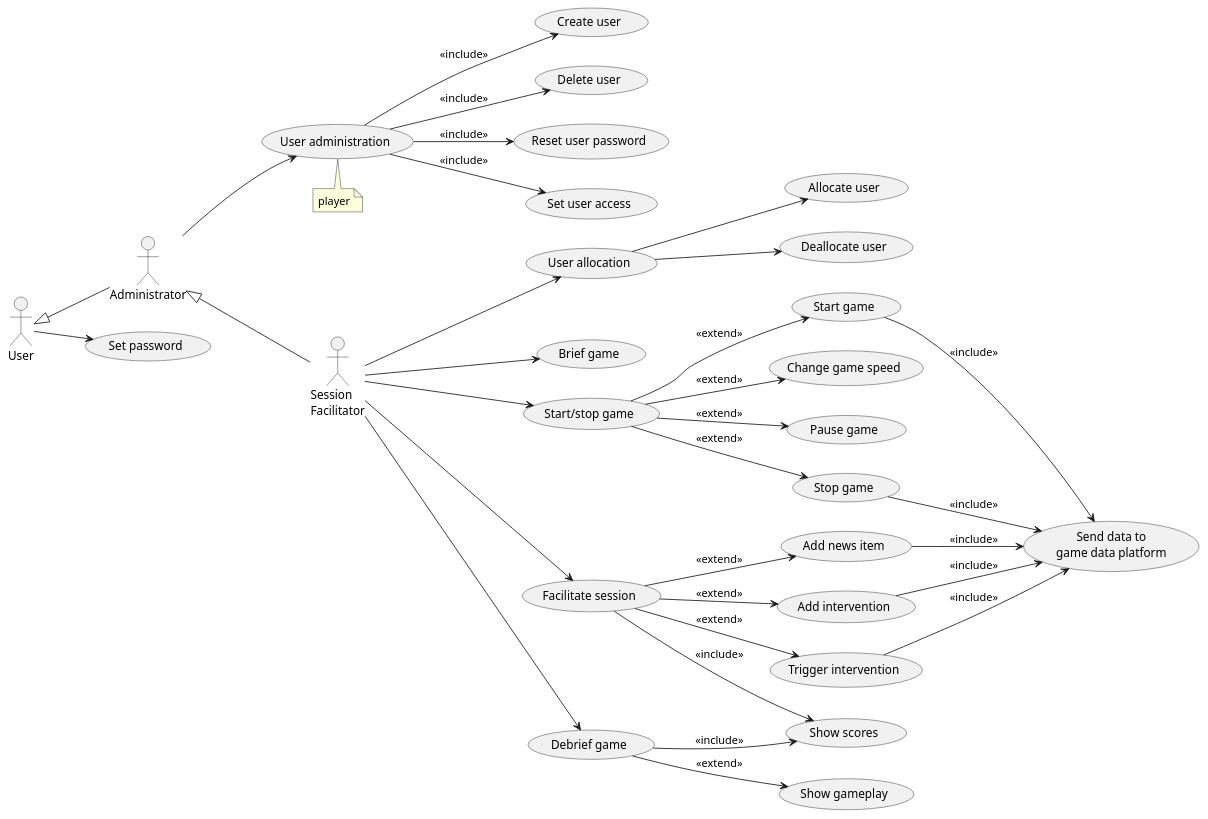
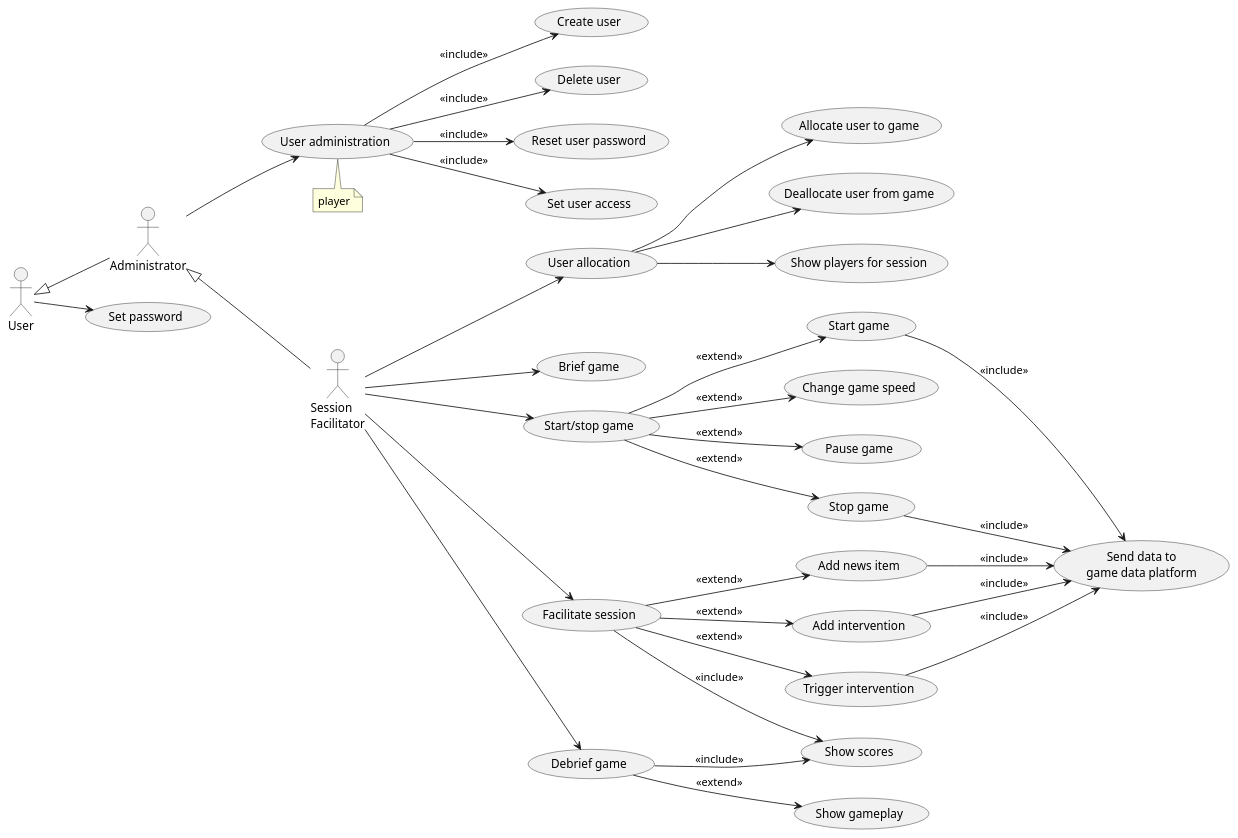
Before and after one commit to averbraeck/gscg-design: the diagram in doc/1-use-cases/diagrams/session-facilitation.puml, drawn with PlantUML. The commit also changed 4 other files, not shown here.

```diff
--- a/doc/1-use-cases/diagrams/session-facilitation.puml
+++ b/doc/1-use-cases/diagrams/session-facilitation.puml
@@ -1,48 +1,49 @@
 @startuml
 left to right direction
 
 "Session\nFacilitator" as SF
 User <|-- Administrator
 Administrator <|-- SF
 
 User --> (Set password)
 
 Administrator --> (User administration)
 note bottom
   player
 end note
 
 (User administration) --> (Create user) : << include >>
 (User administration) --> (Delete user) : << include >>
 (User administration) --> (Reset user password) : << include >>
 (User administration) --> (Set user access) : << include >>
 
 SF --> (User allocation)
-(User allocation) --> (Allocate user)
-(User allocation) --> (Deallocate user)
+(User allocation) --> (Allocate user to game)
+(User allocation) --> (Deallocate user from game)
+(User allocation) --> (Show players for session)
 
 SF --> (Brief game)
 
 SF --> (Start/stop game)
 (Start/stop game) --> (Start game) : << extend >>
 (Start/stop game) --> (Change game speed) : << extend >>
 (Start/stop game) --> (Pause game) : << extend >>
 (Start/stop game) --> (Stop game) : << extend >>
 
 SF --> (Facilitate session)
 (Facilitate session) --> (Add news item) : << extend >>
 (Facilitate session) --> (Add intervention) : << extend >>
 (Facilitate session) --> (Trigger intervention) : << extend >>
 (Facilitate session) --> (Show scores) : << include >>
 
 (Start game) --> (Send data to\ngame data platform) : << include >>
 (Add news item) --> (Send data to\ngame data platform) : << include >>
 (Add intervention) --> (Send data to\ngame data platform) : << include >>
 (Trigger intervention) --> (Send data to\ngame data platform) : << include >>
 (Stop game) --> (Send data to\ngame data platform) : << include >>
 
 SF --> (Debrief game)
 (Debrief game) --> (Show scores) : << include >>
 (Debrief game) --> (Show gameplay) : << extend >>
 
 @enduml
```
